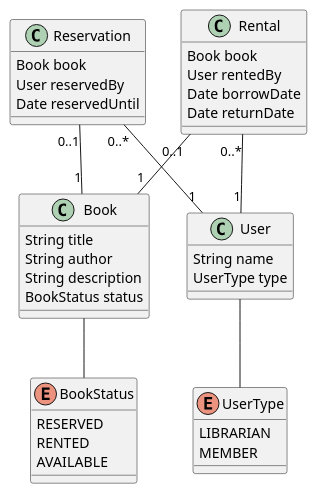
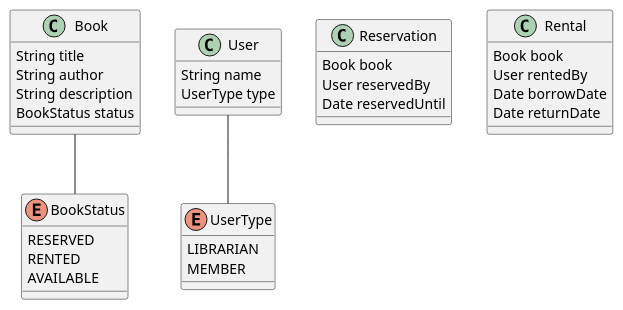
Before and after one commit to Crytastic/library-management-system: the diagram in puml/classDiagram.puml, drawn with PlantUML. The commit also changed 1 other file, not shown here.

Commit message:
Remove links inside class diagram

```diff
--- a/puml/classDiagram.puml
+++ b/puml/classDiagram.puml
@@ -1,46 +1,43 @@
 @startuml
 
 class Book {
 String title
 String author
 String description
 BookStatus status
 }
 
 class User {
 String name
 UserType type
 }
 
 class Reservation {
 Book book
 User reservedBy
 Date reservedUntil
 }
 
 class Rental {
 Book book
 User rentedBy
 Date borrowDate
 Date returnDate
 }
 
 enum UserType {
 LIBRARIAN
 MEMBER
 }
 
 enum BookStatus {
 RESERVED
 RENTED
 AVAILABLE
 }
 
 Book -- BookStatus
 User -- UserType
-Rental "0..1" -- "1" Book
-Reservation "0..1" -- "1" Book
-Rental "0..*" -- "1" User
-Reservation "0..*" -- "1" User
+
 
 @enduml
```
